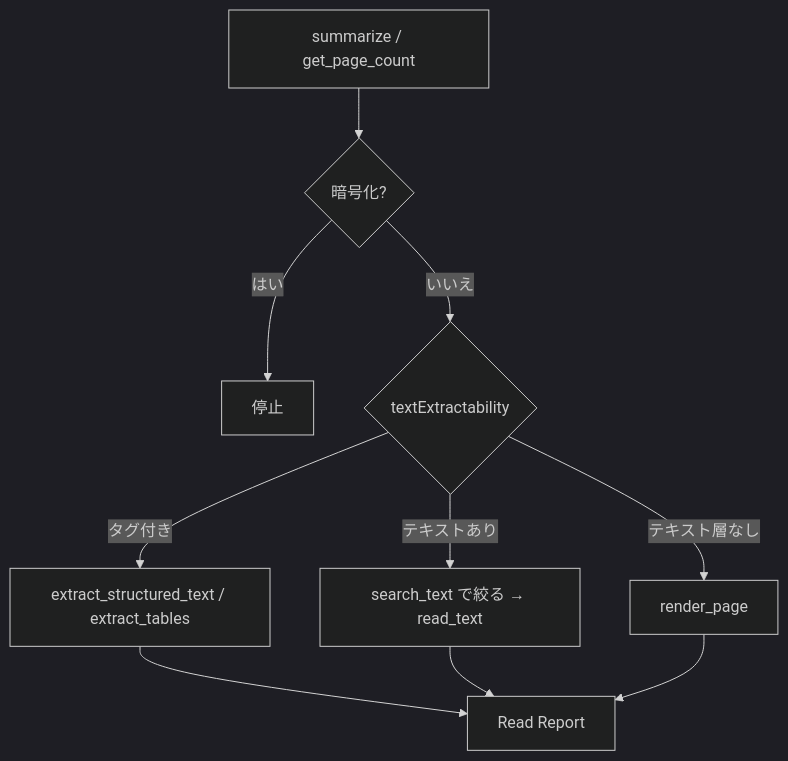
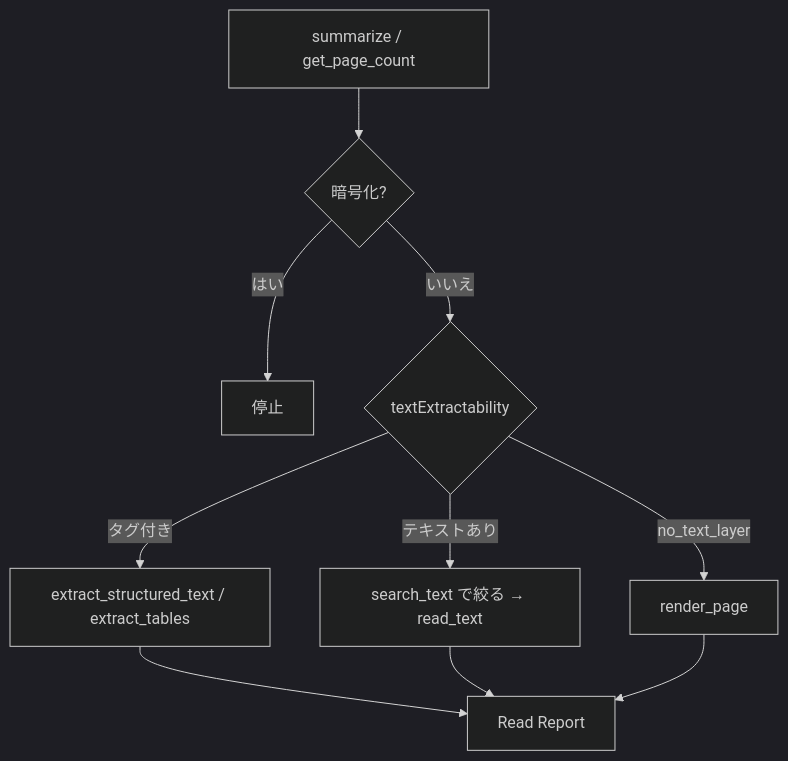
One commit to shuji-bonji/pdf-agent-stack changed the diagram in eval/grok-eval/instructions/UC07-pdf-read.md. Above: the diagram before and after it, drawn with Mermaid (dark theme). The commit also changed other lines of this file, not shown here.

Commit message:
eval: UC07 に no_text_layer 標本の作り方を追記（#40）

````diff
--- a/eval/grok-eval/instructions/UC07-pdf-read.md
+++ b/eval/grok-eval/instructions/UC07-pdf-read.md
@@ -34,12 +44,12 @@
 ```mermaid
 flowchart TD
   P0[summarize / get_page_count] --> ENC{暗号化?}
   ENC -->|はい| STOP[停止]
   ENC -->|いいえ| TEX{textExtractability}
   TEX -->|タグ付き| P2[extract_structured_text / extract_tables]
   TEX -->|テキストあり| P3[search_text で絞る → read_text]
-  TEX -->|テキスト層なし| P4[render_page]
+  TEX -->|no_text_layer| P4[render_page]
   P2 --> RR[Read Report]
   P3 --> RR
   P4 --> RR
 ```
````
